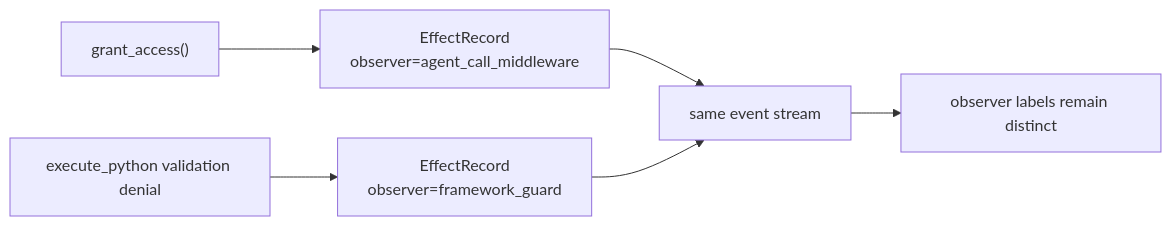
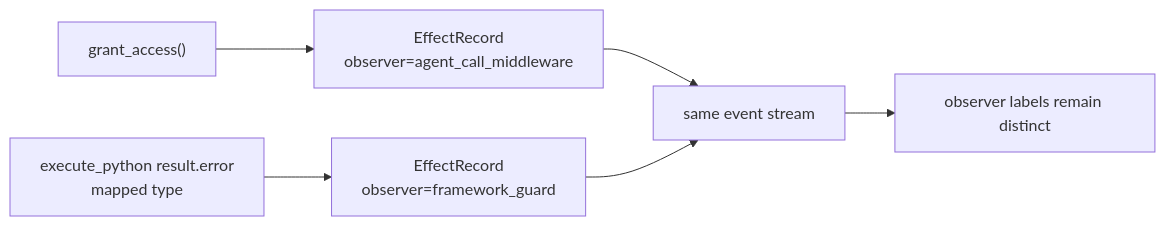
One commit to nirosen/labs-OO-Agents changed the second of 2 diagrams in examples/security_hardening/README.md. Above: the diagram before and after it, drawn with Mermaid. The commit also changed 2 other files, not shown here.

Commit message:
Pin guard label cardinality and diagram flow

````diff
--- a/examples/security_hardening/README.md
+++ b/examples/security_hardening/README.md
@@ -51,8 +51,8 @@
 ```mermaid
 flowchart LR
     A["grant_access()"] --> AE["EffectRecord<br/>observer=agent_call_middleware"]
-    B["execute_python validation denial"] --> FE["EffectRecord<br/>observer=framework_guard"]
+    B["execute_python result.error<br/>mapped type"] --> FE["EffectRecord<br/>observer=framework_guard"]
     AE --> C["same event stream"]
     FE --> C
     C --> D["observer labels remain distinct"]
 ```
````
